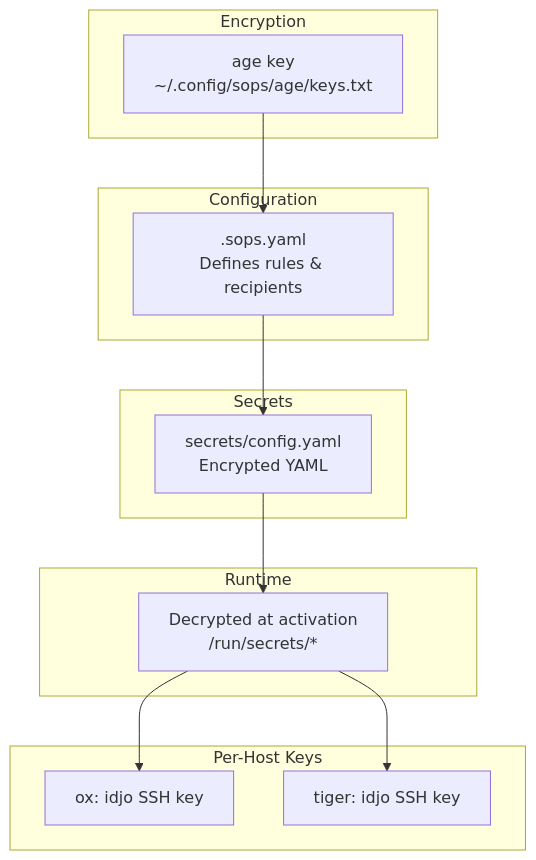
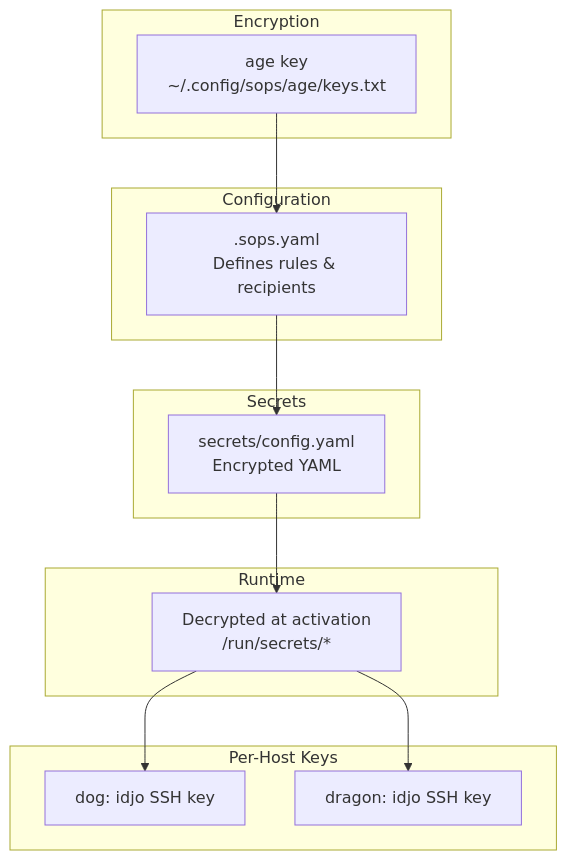
Before and after one commit to idjoo/dotfiles: diagram 12 of 14 in docs/ARCHITECTURE.md, drawn with Mermaid. The commit also changed other lines of this file and 3 other files, not shown here.

First line of the commit message:
docs: 📝 document dog and dragon as the only hosts

````diff
--- a/docs/ARCHITECTURE.md
+++ b/docs/ARCHITECTURE.md
@@ -508,30 +478,30 @@
 ```mermaid
 flowchart TB
     subgraph "Encryption"
         AGE[age key<br/>~/.config/sops/age/keys.txt]
     end
 
     subgraph "Configuration"
         SOPS[.sops.yaml<br/>Defines rules & recipients]
     end
 
     subgraph "Secrets"
         SEC[secrets/config.yaml<br/>Encrypted YAML]
     end
 
     subgraph "Runtime"
         DEC[Decrypted at activation<br/>/run/secrets/*]
     end
 
     subgraph "Per-Host Keys"
-        OX_KEY[ox: idjo SSH key]
-        TIGER_KEY[tiger: idjo SSH key]
+        DOG_KEY[dog: idjo SSH key]
+        DRAGON_KEY[dragon: idjo SSH key]
     end
 
     AGE --> SOPS
     SOPS --> SEC
     SEC --> DEC
 
-    DEC --> OX_KEY
-    DEC --> TIGER_KEY
+    DEC --> DOG_KEY
+    DEC --> DRAGON_KEY
 ```
````
